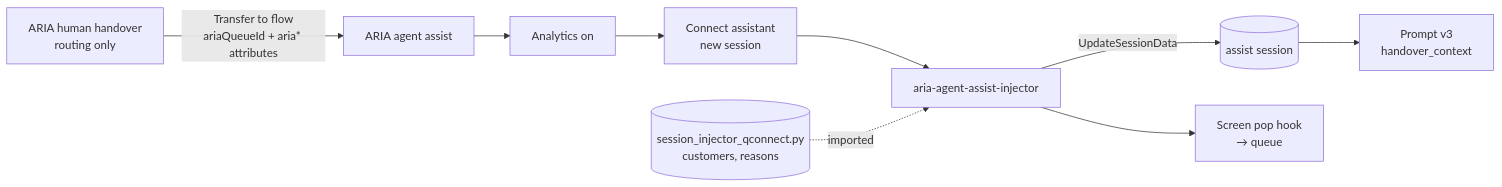
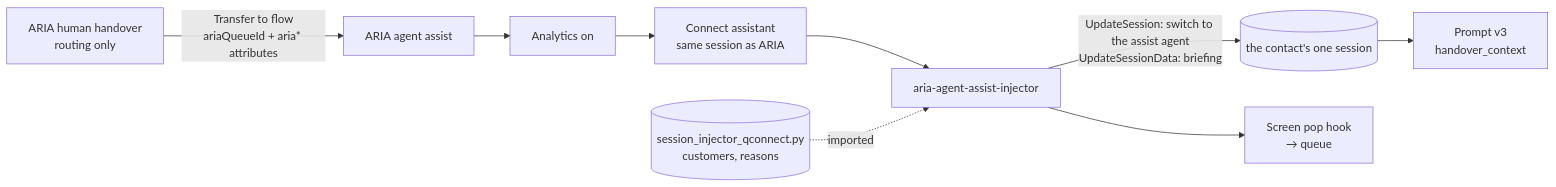
Before and after one commit to alokkulkarni/awsagentcore: the diagram in connect-agent-assist/SPEC.md, drawn with Mermaid. The commit also changed 6 other files, not shown here.

First line of the commit message:
fix(agent-assist): switch the contact's session to the agent-assist AI agent

````diff
--- a/connect-agent-assist/SPEC.md
+++ b/connect-agent-assist/SPEC.md
@@ -46,11 +46,11 @@
 ```mermaid
 flowchart LR
     H[ARIA human handover<br/>routing only] -->|Transfer to flow<br/>ariaQueueId + aria* attributes| F[ARIA agent assist]
     F --> AN[Analytics on]
-    AN --> CA[Connect assistant<br/>new session]
+    AN --> CA[Connect assistant<br/>same session as ARIA]
     CA --> L[aria-agent-assist-injector]
-    L -->|UpdateSessionData| S[(assist session)]
+    L -->|UpdateSession: switch to the assist agent<br/>UpdateSessionData: briefing| S[(the contact's one session)]
     D[(session_injector_qconnect.py<br/>customers, reasons)] -.imported.-> L
     L --> Q[Screen pop hook<br/>→ queue]
     S --> P[Prompt v3<br/>handover_context]
 ```
````
